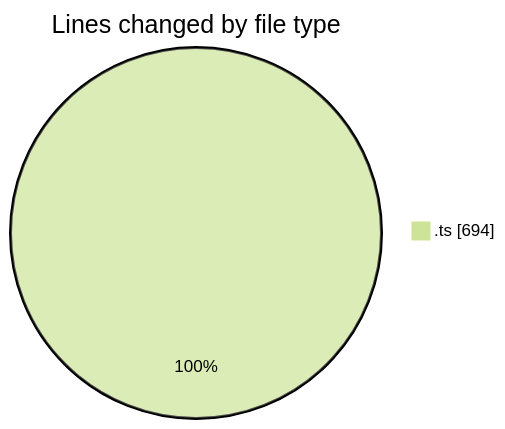
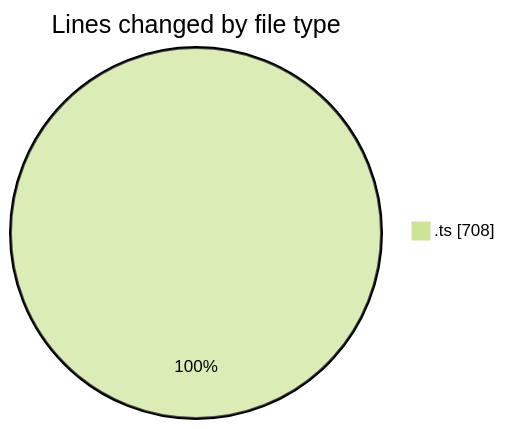
The first of 2 diagrams in 2026-09-17/cilwebcustomercomunicationfront/README.md (ricardozamudiocil/code-tracking), drawn with Mermaid (forest theme) before and after one commit. The commit also changed other lines of this file and 2 other files, not shown here.

````diff
--- a/2026-09-17/cilwebcustomercomunicationfront/README.md
+++ b/2026-09-17/cilwebcustomercomunicationfront/README.md
@@ -21,5 +21,5 @@
 ```mermaid
 pie showData
 title Lines changed by file type
-".ts" : 694
+".ts" : 708
 ```
````
